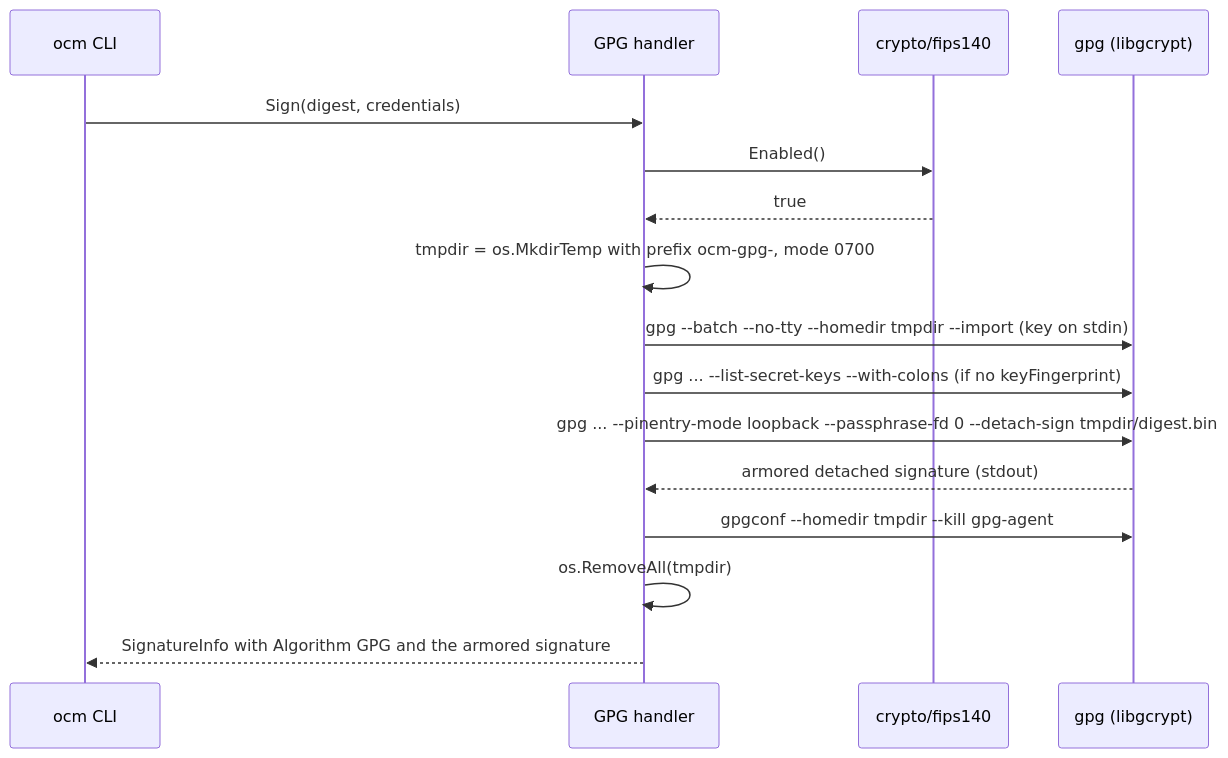
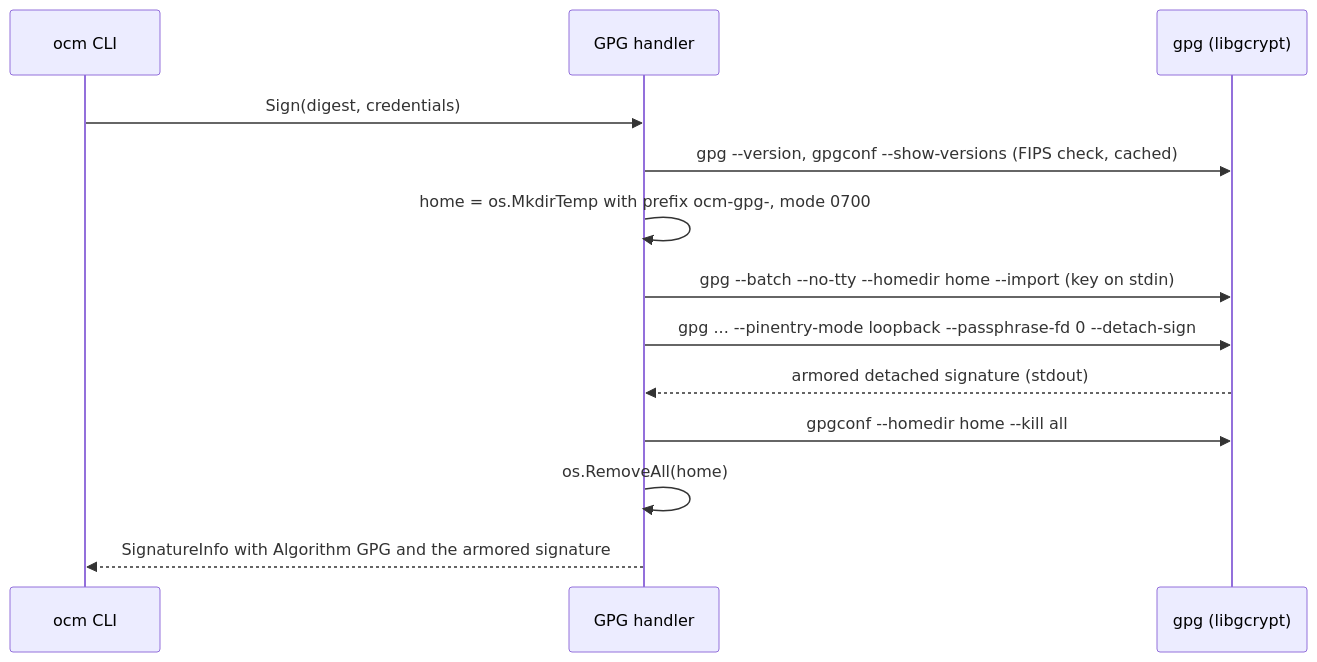
Before and after one commit to open-component-model/open-component-model: the diagram in docs/adr/0030_fips_gpg_cosign.md, drawn with Mermaid. The commit also changed other lines of this file and 1 other file, not shown here.

First line of the commit message:
docs(adr): align ADR 0030 with the merged FIPS 140-3 implementation

````diff
--- a/docs/adr/0030_fips_gpg_cosign.md
+++ b/docs/adr/0030_fips_gpg_cosign.md
@@ -181,18 +193,15 @@
 ```mermaid
 sequenceDiagram
     participant CLI as ocm CLI
     participant H as GPG handler
-    participant F as crypto/fips140
     participant G as gpg (libgcrypt)
     CLI->>H: Sign(digest, credentials)
-    H->>F: Enabled()
-    F-->>H: true
-    H->>H: tmpdir = os.MkdirTemp with prefix ocm-gpg-, mode 0700
-    H->>G: gpg --batch --no-tty --homedir tmpdir --import (key on stdin)
-    H->>G: gpg ... --list-secret-keys --with-colons (if no keyFingerprint)
-    H->>G: gpg ... --pinentry-mode loopback --passphrase-fd 0 --detach-sign tmpdir/digest.bin
+    H->>G: gpg --version, gpgconf --show-versions (FIPS check, cached)
+    H->>H: home = os.MkdirTemp with prefix ocm-gpg-, mode 0700
+    H->>G: gpg --batch --no-tty --homedir home --import (key on stdin)
+    H->>G: gpg ... --pinentry-mode loopback --passphrase-fd 0 --detach-sign
     G-->>H: armored detached signature (stdout)
-    H->>G: gpgconf --homedir tmpdir --kill gpg-agent
-    H->>H: os.RemoveAll(tmpdir)
+    H->>G: gpgconf --homedir home --kill all
+    H->>H: os.RemoveAll(home)
     H-->>CLI: SignatureInfo with Algorithm GPG and the armored signature
 ```
````
